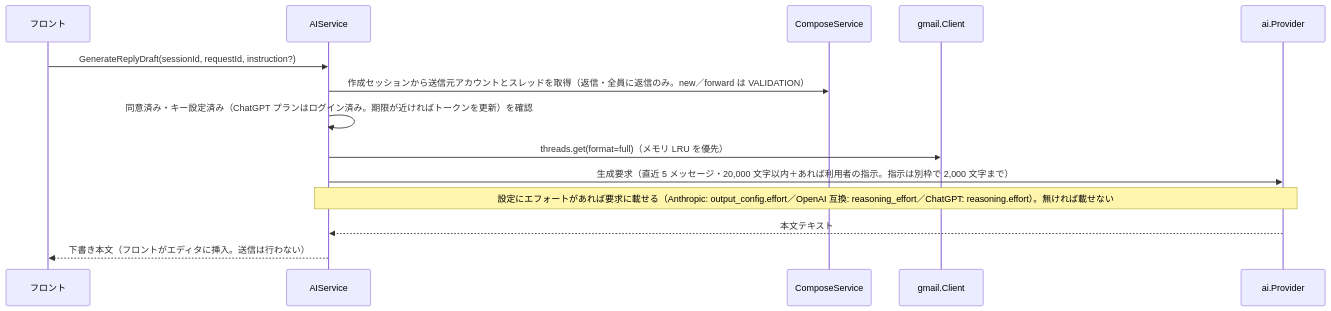
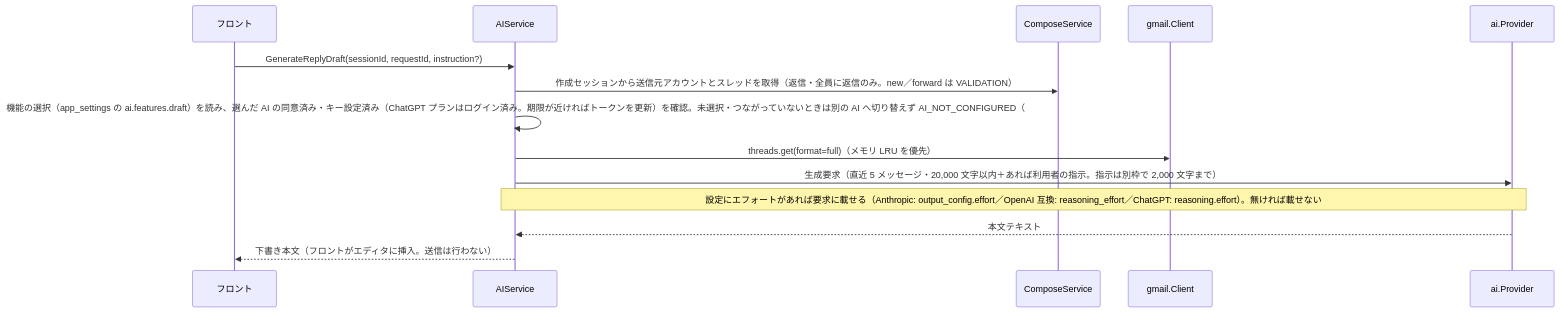
The sixth of 10 diagrams in docs/architecture/overview.md (ousiassllc/hitomado), drawn with Mermaid before and after one commit. The commit also changed other lines of this file and 6 other files, not shown here.

````diff
--- a/docs/architecture/overview.md
+++ b/docs/architecture/overview.md
@@ -298,16 +298,16 @@
 ```mermaid
 sequenceDiagram
   participant FE as フロント
   participant AI as AIService
   participant CS as ComposeService
   participant GM as gmail.Client
   participant PV as ai.Provider
   FE->>AI: GenerateReplyDraft(sessionId, requestId, instruction?)
   AI->>CS: 作成セッションから送信元アカウントとスレッドを取得（返信・全員に返信のみ。new／forward は VALIDATION）
-  AI->>AI: 同意済み・キー設定済み（ChatGPT プランはログイン済み。期限が近ければトークンを更新）を確認
+  AI->>AI: 機能の選択（app_settings の ai.features.draft）を読み、選んだ AI の同意済み・キー設定済み（ChatGPT プランはログイン済み。期限が近ければトークンを更新）を確認。未選択・つながっていないときは別の AI へ切り替えず AI_NOT_CONFIGURED（#376）
   AI->>GM: threads.get(format=full)（メモリ LRU を優先）
   AI->>PV: 生成要求（直近 5 メッセージ・20,000 文字以内＋あれば利用者の指示。指示は別枠で 2,000 文字まで）
   Note over AI,PV: 設定にエフォートがあれば要求に載せる（Anthropic: output_config.effort／OpenAI 互換: reasoning_effort／ChatGPT: reasoning.effort）。無ければ載せない
   PV-->>AI: 本文テキスト
   AI-->>FE: 下書き本文（フロントがエディタに挿入。送信は行わない）
 ```
````
